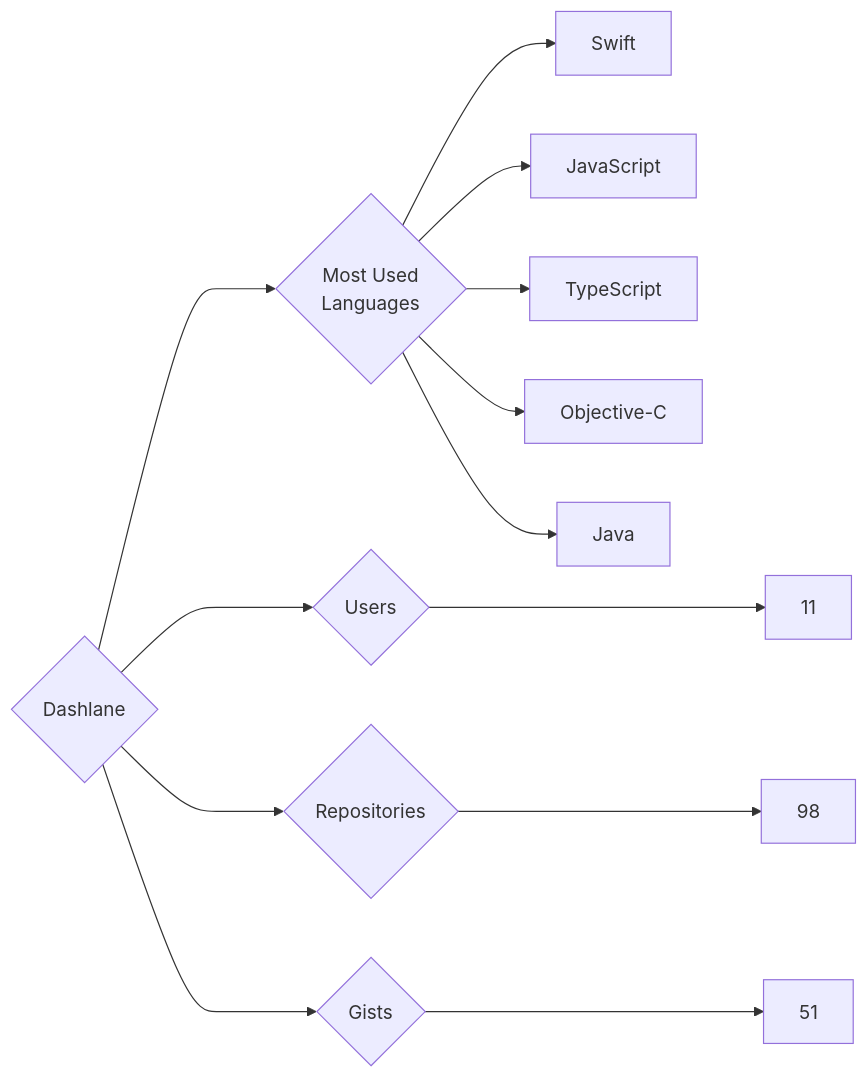
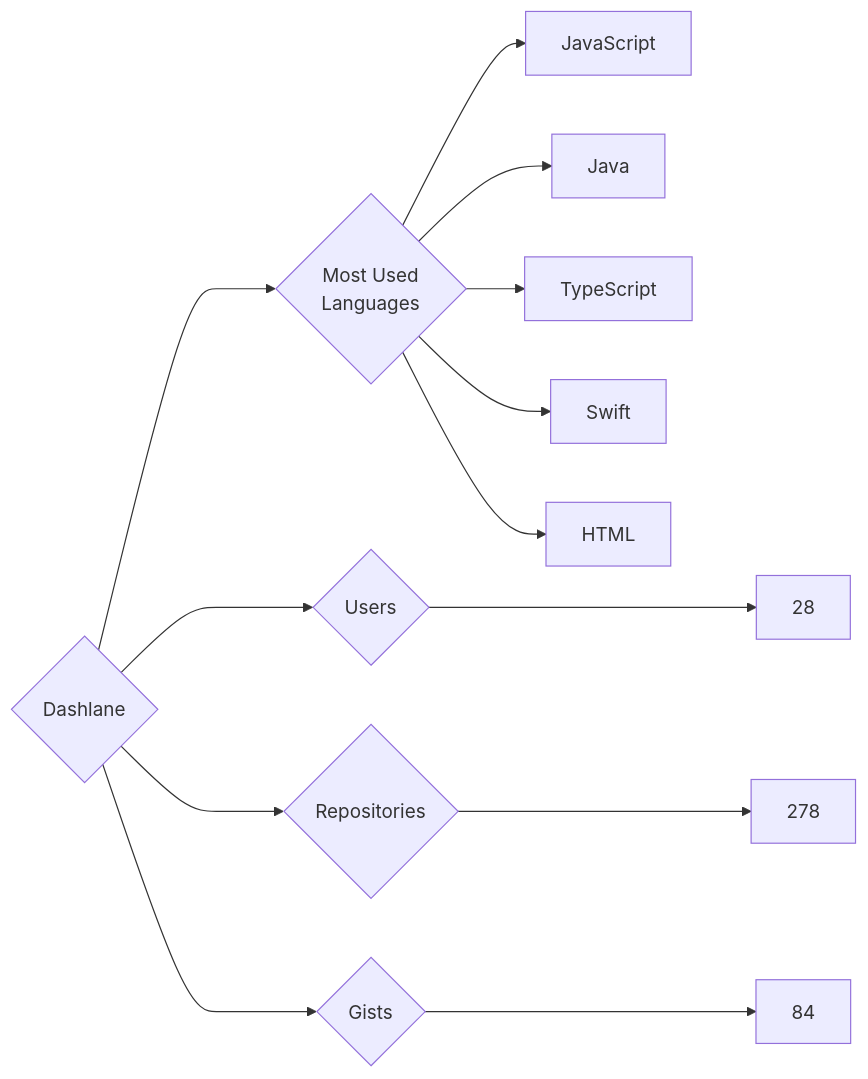
Before and after one commit to trickest/insiders: the diagram in targets/Dashlane/README.md, drawn with Mermaid. The commit also changed 891 other files, not shown here.

````diff
--- a/targets/Dashlane/README.md
+++ b/targets/Dashlane/README.md
@@ -3,13 +3,13 @@
 ```mermaid
 graph LR
 COMPANY_NAME{Dashlane}
-COMPANY_NAME ---> U{Users} ---> UN[11]
-COMPANY_NAME ---> R{Repositories} ---> RN[98]
-COMPANY_NAME ---> G{Gists} ---> GN[51]
+COMPANY_NAME ---> U{Users} ---> UN[28]
+COMPANY_NAME ---> R{Repositories} ---> RN[278]
+COMPANY_NAME ---> G{Gists} ---> GN[84]
 COMPANY_NAME ---> ML{Most Used<br>Languages}
+ML --> JavaScript[JavaScript]
+ML --> Java[Java]
+ML --> TypeScript[TypeScript]
 ML --> Swift[Swift]
-ML --> JavaScript[JavaScript]
-ML --> TypeScript[TypeScript]
-ML --> Objective-C[Objective-C]
-ML --> Java[Java]
+ML --> HTML[HTML]
 ```
````
